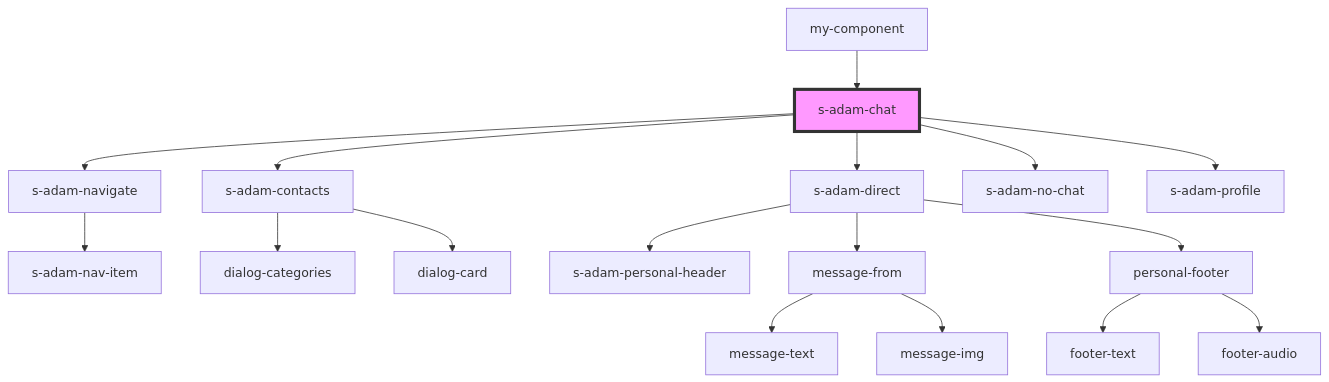
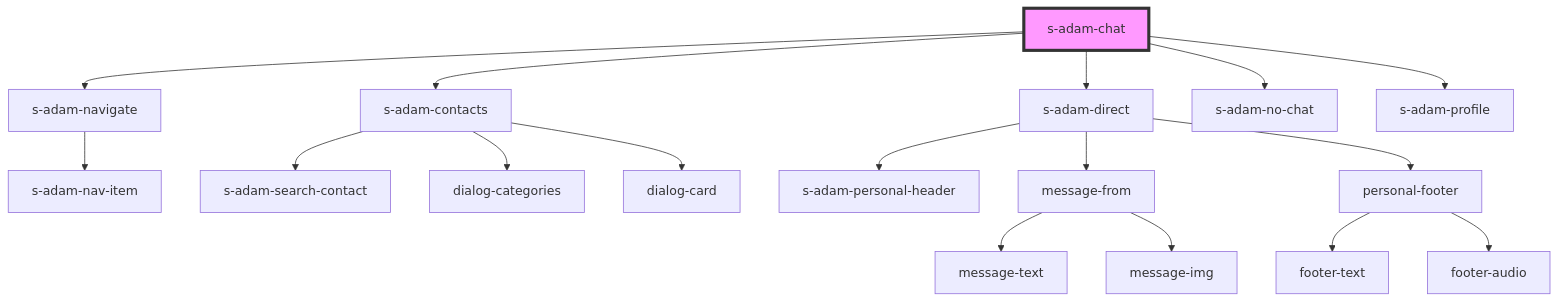
Before and after one commit to saqhan/stencil-chat: the diagram in src/components/comp/s-adam-chat/readme.md, drawn with Mermaid. The commit also changed other lines of this file and 21 other files, not shown here.

````diff
--- a/src/components/comp/s-adam-chat/readme.md
+++ b/src/components/comp/s-adam-chat/readme.md
@@ -23,20 +19,20 @@
 ```mermaid
 graph TD;
   s-adam-chat --> s-adam-navigate
   s-adam-chat --> s-adam-contacts
   s-adam-chat --> s-adam-direct
   s-adam-chat --> s-adam-no-chat
   s-adam-chat --> s-adam-profile
   s-adam-navigate --> s-adam-nav-item
+  s-adam-contacts --> s-adam-search-contact
   s-adam-contacts --> dialog-categories
   s-adam-contacts --> dialog-card
   s-adam-direct --> s-adam-personal-header
   s-adam-direct --> message-from
   s-adam-direct --> personal-footer
   message-from --> message-text
   message-from --> message-img
   personal-footer --> footer-text
   personal-footer --> footer-audio
-  my-component --> s-adam-chat
   style s-adam-chat fill:#f9f,stroke:#333,stroke-width:4px
 ```
````
